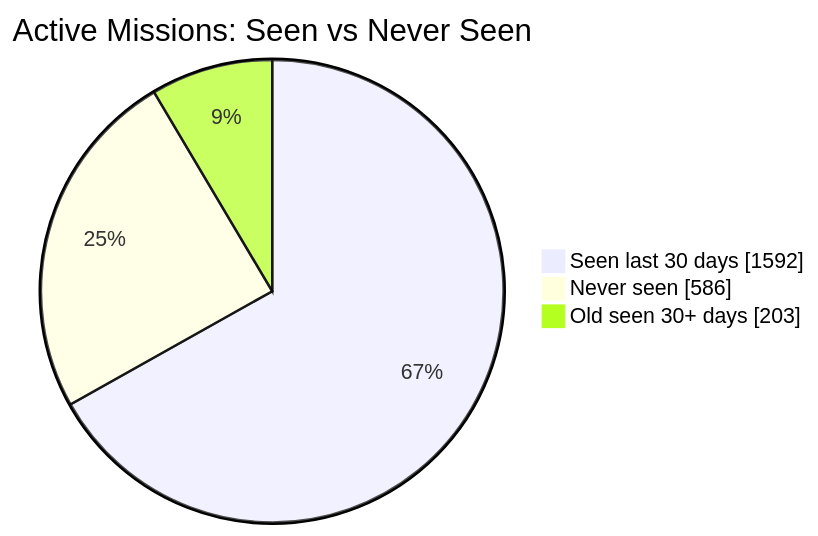
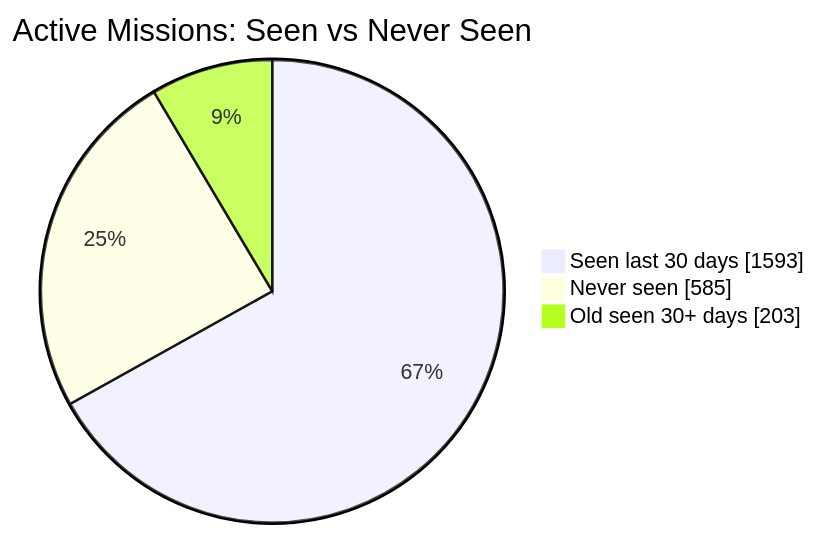
The first of 2 diagrams in README.md (MeldkamerspelGameTeam/active-missions), drawn with Mermaid before and after one commit. The commit also changed other lines of this file and 2 other files, not shown here.

````diff
--- a/README.md
+++ b/README.md
@@ -34,7 +34,7 @@
 ```mermaid
 pie showData
     title Active Missions: Seen vs Never Seen
-    "Seen last 30 days" : 1592
-    "Never seen" : 586
+    "Seen last 30 days" : 1593
+    "Never seen" : 585
     "Old seen 30+ days" : 203
 ```
````
